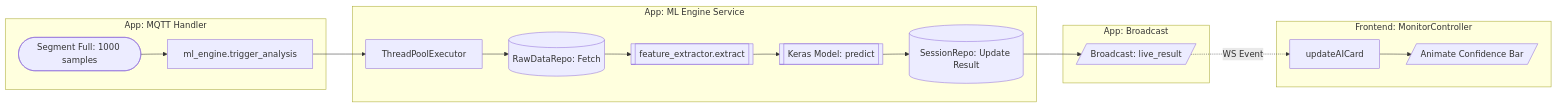
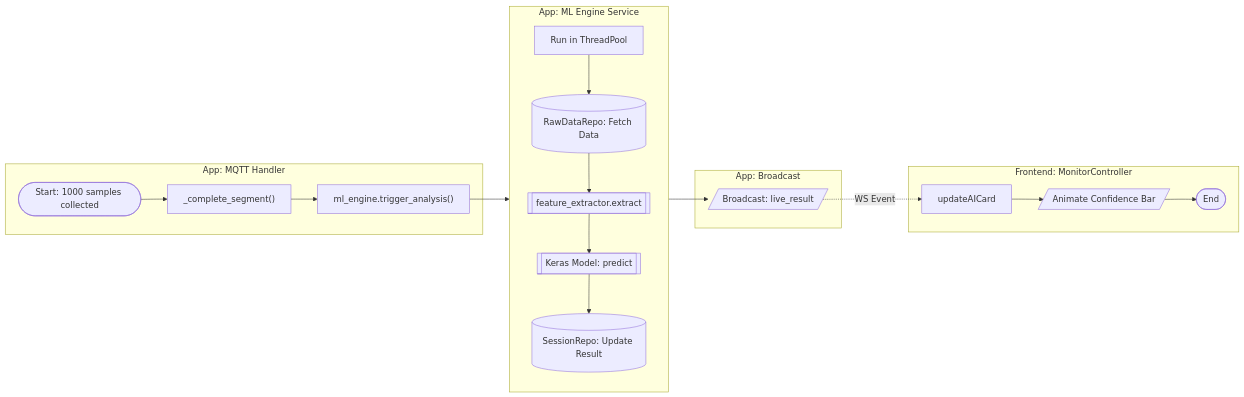
The fifth of 9 diagrams in SYSTEM_FLOWS.md (affanrk/ecg-puskesmas), drawn with Mermaid before and after one commit. The commit also changed other lines of this file, not shown here.

Commit message:
Update System Flow

````diff
--- a/SYSTEM_FLOWS.md
+++ b/SYSTEM_FLOWS.md
@@ -179,27 +188,30 @@
 ```mermaid
 flowchart LR
     %% SWIMLANE: TRIGGER
     subgraph Handler [App: MQTT Handler]
-        SegFull([Segment Full: 1000 samples]) --> Trigger[ml_engine.trigger_analysis]
+        SampleCount([Start: 1000 samples collected]) --> SegComp["_complete_segment()"]
+        SegComp --> TrigML["ml_engine.trigger_analysis()"]
     end
 
     %% SWIMLANE: ML WORKER
     subgraph Worker_Thread [App: ML Engine Service]
-        Trigger --> Exec[ThreadPoolExecutor]
-        Exec --> FetchDB[(RawDataRepo: Fetch)]
+        direction TB
+        TrigML --> ThreadPool[Run in ThreadPool]
+        ThreadPool --> FetchDB[(RawDataRepo: Fetch Data)]
         FetchDB --> FeatExt[[feature_extractor.extract]]
         FeatExt --> ModelPred[[Keras Model: predict]]
         ModelPred --> SaveRes[(SessionRepo: Update Result)]
     end
 
     %% SWIMLANE: FEEDBACK
     subgraph Feedback [App: Broadcast]
         SaveRes --> SendRes[/Broadcast: live_result/]
     end
 
     %% SWIMLANE: UI
     subgraph UI [Frontend: MonitorController]
         SendRes -.->|WS Event| UpdateCard[updateAICard]
         UpdateCard --> ShowBar[/Animate Confidence Bar/]
+        ShowBar --> EndML([End])
     end
 ```
````
